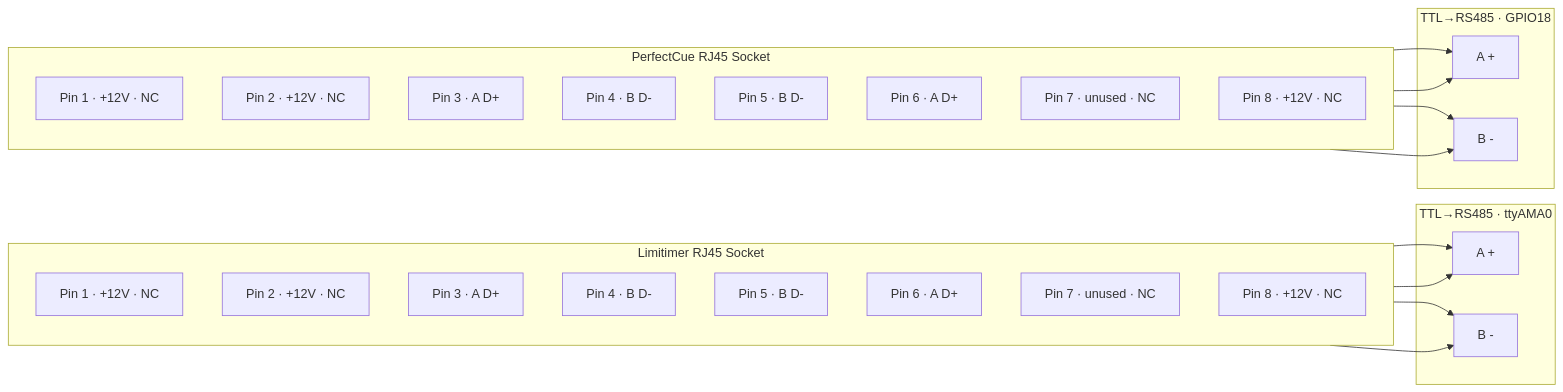
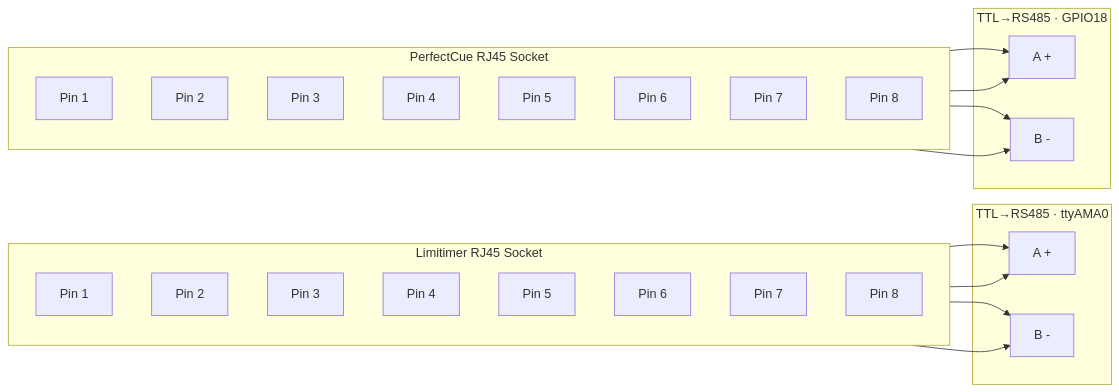
Before and after one commit to jpkelly/PiTG: the first of 2 diagrams in README.md, drawn with Mermaid. The commit also changed other lines of this file, not shown here.

Commit message:
Align RJ45 Mermaid to reference diagram and remove RJ45 tables

````diff
--- a/README.md
+++ b/README.md
@@ -193,38 +193,38 @@
 ```mermaid
 flowchart LR
     subgraph LIM_RJ45[Limitimer RJ45 Socket]
         direction TB
-		L1[Pin 1 · +12V · NC]
-		L2[Pin 2 · +12V · NC]
-		L3[Pin 3 · A D+]
-		L4[Pin 4 · B D-]
-		L5[Pin 5 · B D-]
-		L6[Pin 6 · A D+]
-		L7[Pin 7 · unused · NC]
-		L8[Pin 8 · +12V · NC]
+		L1[Pin 1]
+		L2[Pin 2]
+		L3[Pin 3]
+		L4[Pin 4]
+		L5[Pin 5]
+		L6[Pin 6]
+		L7[Pin 7]
+		L8[Pin 8]
     end
     subgraph LIM_XCVR[TTL→RS485 · ttyAMA0]
         LA[A +]
         LB[B -]
     end
     L3 & L6 --> LA
     L4 & L5 --> LB
 
     subgraph PC_RJ45[PerfectCue RJ45 Socket]
         direction TB
-		P1[Pin 1 · +12V · NC]
-		P2[Pin 2 · +12V · NC]
-		P3[Pin 3 · A D+]
-		P4[Pin 4 · B D-]
-		P5[Pin 5 · B D-]
-		P6[Pin 6 · A D+]
-		P7[Pin 7 · unused · NC]
-		P8[Pin 8 · +12V · NC]
+		P1[Pin 1]
+		P2[Pin 2]
+		P3[Pin 3]
+		P4[Pin 4]
+		P5[Pin 5]
+		P6[Pin 6]
+		P7[Pin 7]
+		P8[Pin 8]
     end
     subgraph PC_XCVR[TTL→RS485 · GPIO18]
         PA[A +]
         PB[B -]
     end
-    P3 & P6 --> PA
+    P2 & P6 --> PA
     P4 & P5 --> PB
 ```
````
